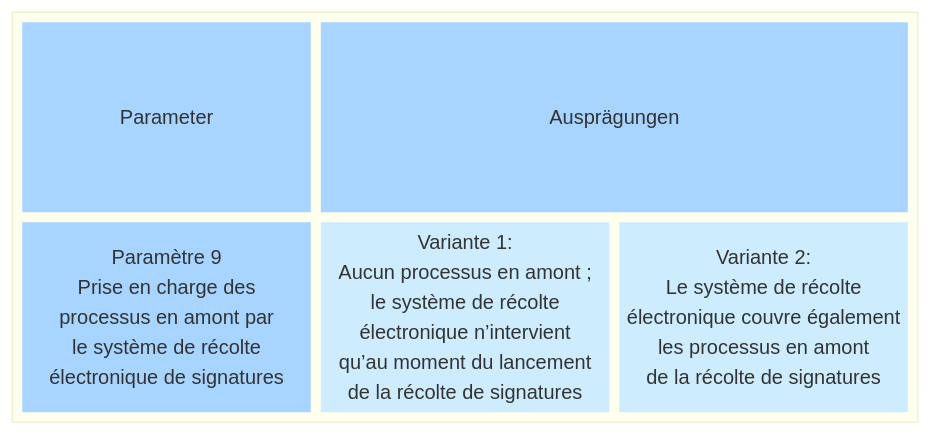
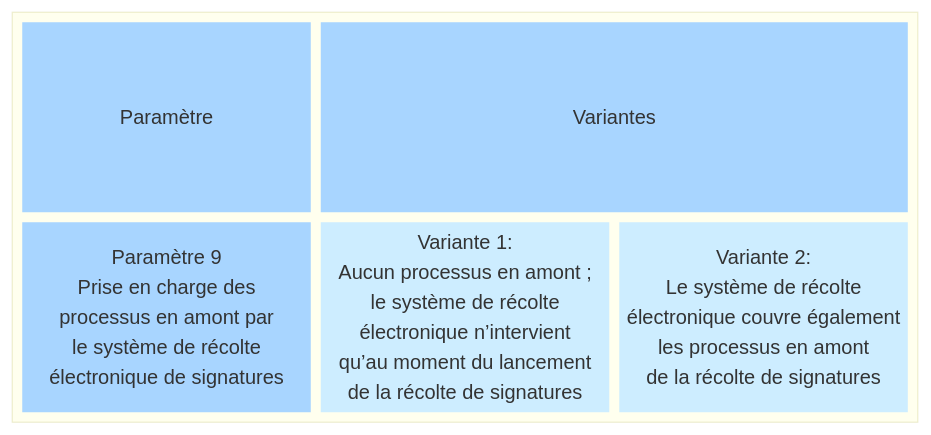
The first of 2 diagrams in docs/morphological-box/parameter-9.md (swiss/e-collecting), drawn with Mermaid before and after one commit.

````diff
--- a/docs/morphological-box/parameter-9.md
+++ b/docs/morphological-box/parameter-9.md
@@ -13,29 +13,29 @@
 ```mermaid
 block
   block
     columns 3
-    t1["Parameter"]
-    t2["Ausprägungen"]:2
+    t1["Paramètre"]
+    t2["Variantes"]:2
     d["Paramètre 9
       Prise en charge des
       processus en amont par
       le système de récolte
       électronique de signatures"]
     a1["Variante 1:
       Aucun processus en amont ;
       le système de récolte
     électronique n’intervient
     qu’au moment du lancement
     de la récolte de signatures"]
     a2["Variante 2:
     Le système de récolte
     électronique couvre également
     les processus en amont
     de la récolte de signatures"]
     style t1 fill:#a8d5ff,stroke-width:0px
     style t2 fill:#a8d5ff,stroke-width:0px
     style d fill:#a8d5ff,stroke-width:0px,text-valign:top
     style a1 fill:#cdedff,stroke-width:0px
     style a2 fill:#cdedff,stroke-width:0px
   end
 ```
````
